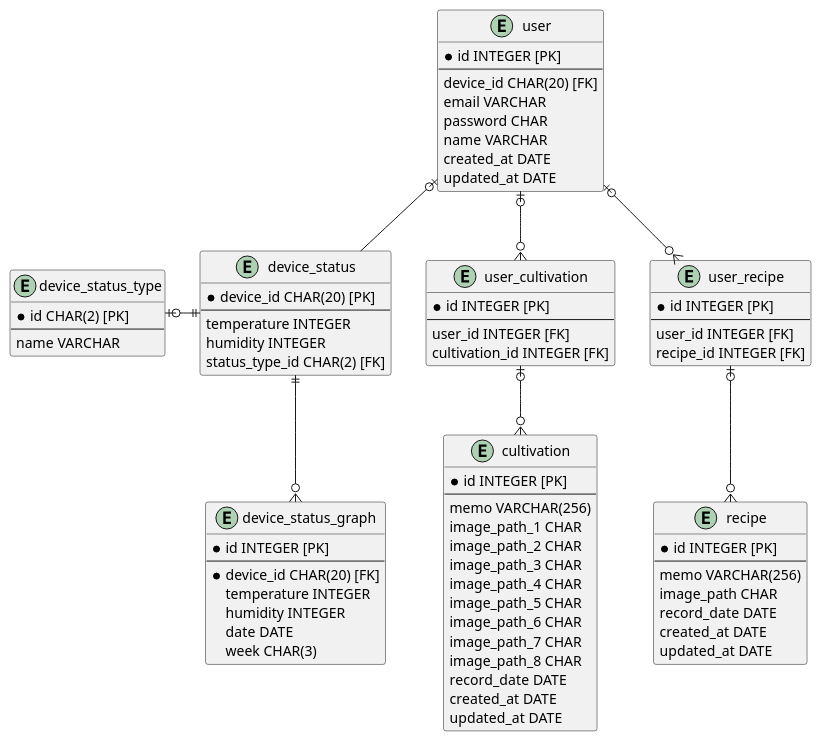
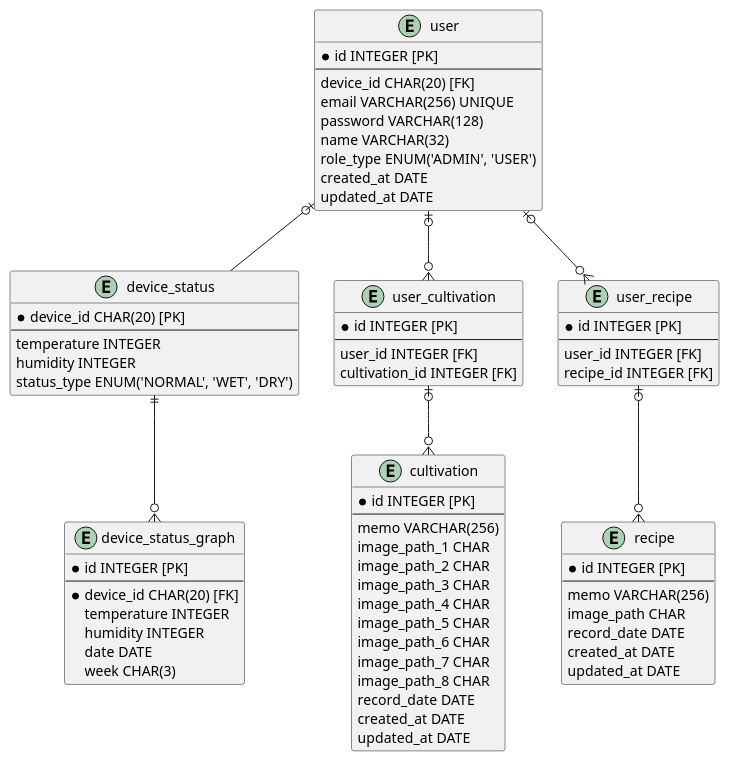
One commit to shusuke0812/Kikurage-API changed the diagram in docs/er_diagram.puml. Above: the diagram before and after it, drawn with PlantUML. The commit also changed 1 other file, not shown here.

Commit message:
fix: ER diagram

```diff
--- a/docs/er_diagram.puml
+++ b/docs/er_diagram.puml
@@ -1,82 +1,77 @@
 @startuml kikurage_platform
     ' ***** Device tables
     entity device_status as "device_status" {
         * device_id CHAR(20) [PK]
         --
         temperature INTEGER
         humidity INTEGER
-        status_type_id CHAR(2) [FK]
+        status_type ENUM('NORMAL', 'WET', 'DRY')
     }
     entity device_status_graph as "device_status_graph" {
         * id INTEGER [PK]
         --
         * device_id CHAR(20) [FK]
         temperature INTEGER
         humidity INTEGER
         date DATE
         week CHAR(3)
     }
-    entity device_status_type as "device_status_type" {
-        * id CHAR(2) [PK]
-        --
-        name VARCHAR
-    }
 
     ' ***** User tables
     entity user as "user" {
         * id INTEGER [PK]
         --
         device_id CHAR(20) [FK]
-        email VARCHAR
-        password CHAR
-        name VARCHAR
+        email VARCHAR(256) UNIQUE
+        password VARCHAR(128)
+        name VARCHAR(32)
+        role_type ENUM('ADMIN', 'USER')
         created_at DATE
         updated_at DATE
     }
     entity user_cultivation as "user_cultivation" {
         * id INTEGER [PK]
         --
         user_id INTEGER [FK]
         cultivation_id INTEGER [FK]
     }
     entity cultivation as "cultivation" {
         * id INTEGER [PK]
         --
         memo VARCHAR(256)
         image_path_1 CHAR
         image_path_2 CHAR
         image_path_3 CHAR
         image_path_4 CHAR
         image_path_5 CHAR
         image_path_6 CHAR
         image_path_7 CHAR
         image_path_8 CHAR
         record_date DATE
         created_at DATE
         updated_at DATE
     }
     entity user_recipe as "user_recipe" {
         * id INTEGER [PK]
         --
         user_id INTEGER [FK]
         recipe_id INTEGER [FK]
     }
     entity recipe as "recipe" {
         * id INTEGER [PK]
         --
         memo VARCHAR(256)
         image_path CHAR
         record_date DATE
         created_at DATE
         updated_at DATE
     }
 
     ' ***** Relationship
     user |o-- device_status
-    device_status ||-l-o| device_status_type
     device_status ||--o{ device_status_graph
     user |o--o{ user_cultivation
     user_cultivation |o-d-o{ cultivation
     user |o--o{ user_recipe
     user_recipe |o-d-o{ recipe
 @enduml
```
